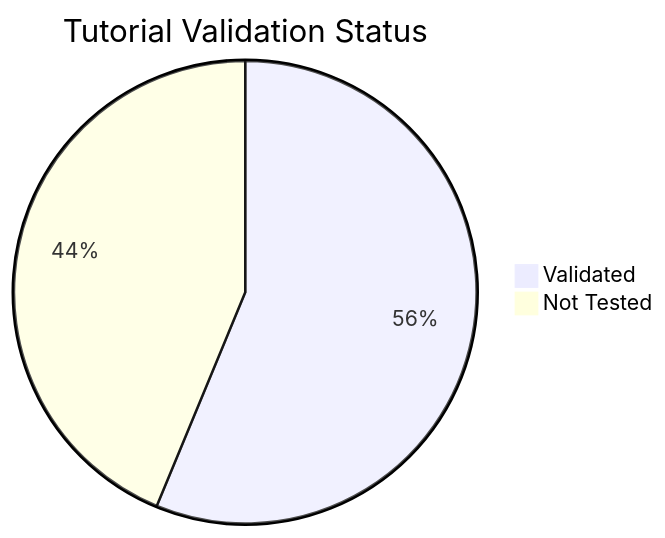
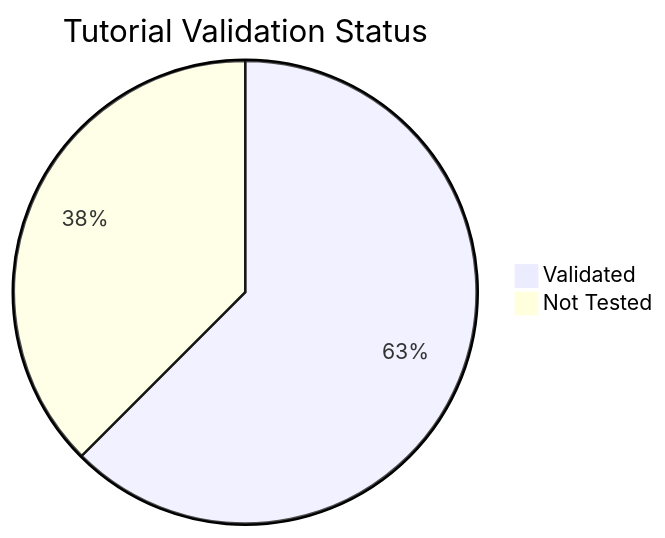
The diagram in docs/reference/validation-status.md (yeongseon/azure-functions-practical-guide), drawn with Mermaid before and after one commit. The commit also changed other lines of this file and 7 other files, not shown here.

````diff
--- a/docs/reference/validation-status.md
+++ b/docs/reference/validation-status.md
@@ -17,5 +17,5 @@
 ```mermaid
 pie title Tutorial Validation Status
-    "Validated" : 63
-    "Not Tested" : 49
+    "Validated" : 70
+    "Not Tested" : 42
 ```
````
